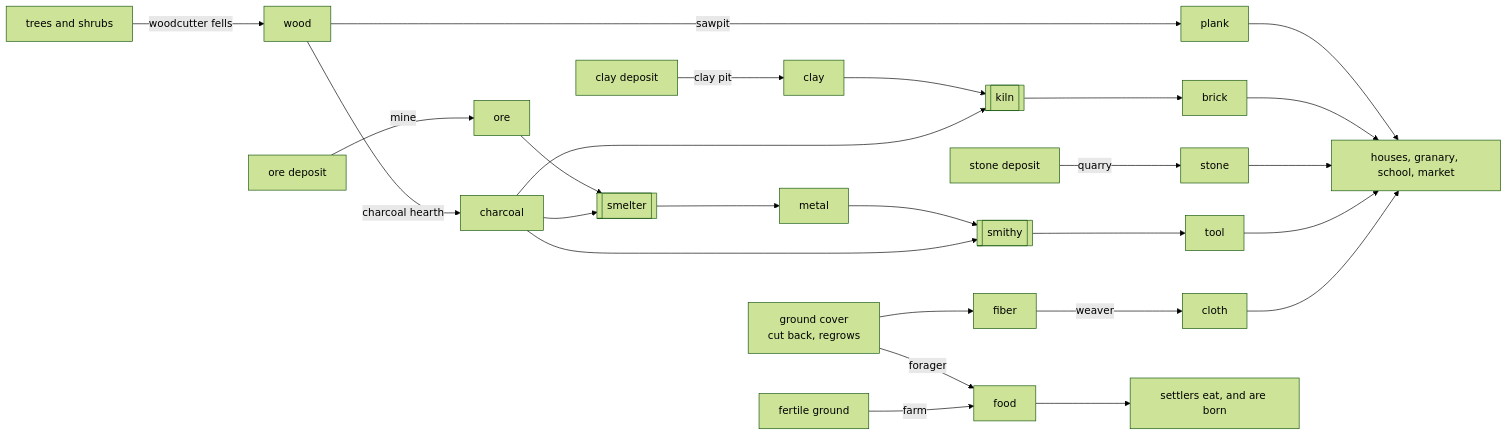
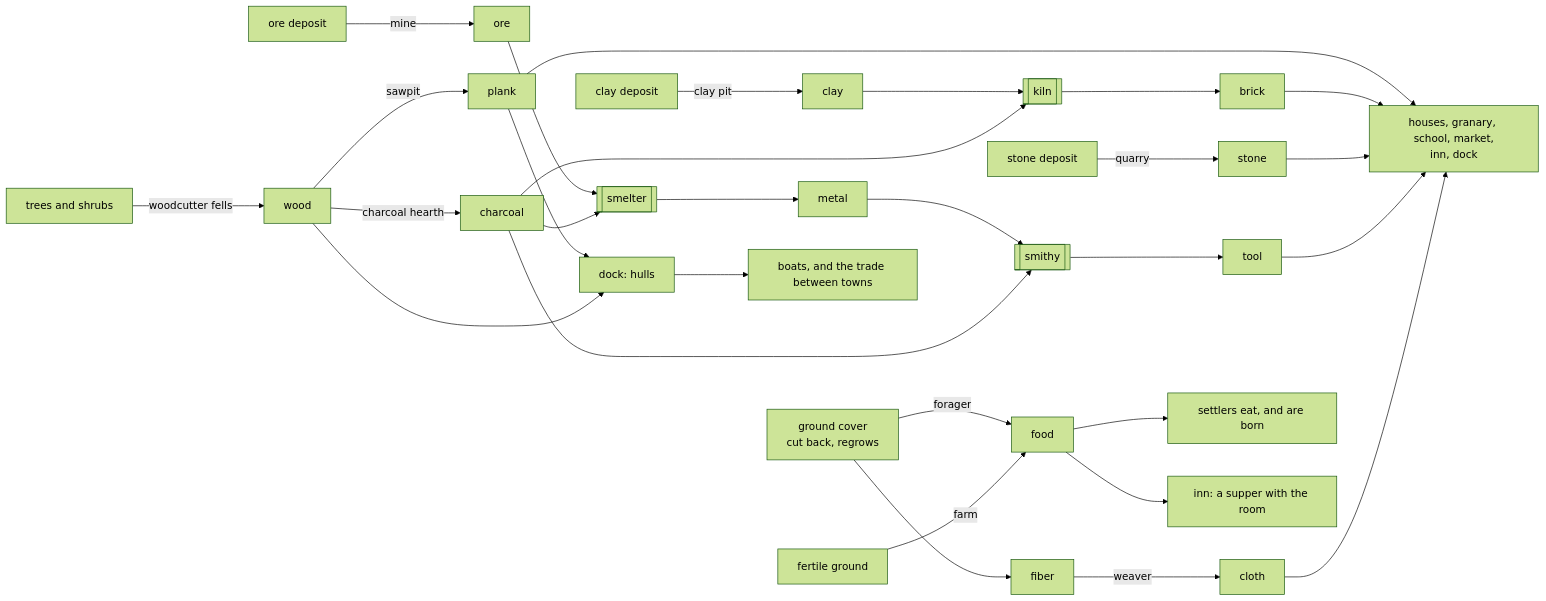
Diagram 22 of 29 in ARCHITECTURE.md (tmpk13/grow), drawn with Mermaid (forest theme) before and after one commit. The commit also changed other lines of this file and 55 other files, not shown here.

````diff
--- a/ARCHITECTURE.md
+++ b/ARCHITECTURE.md
@@ -361,30 +790,34 @@
 ```mermaid
 flowchart LR
   trees["trees and shrubs"] -->|woodcutter fells| wood[wood]
   mats["ground cover<br/>cut back, regrows"] -->|forager| food[food]
   mats --> fiber[fiber]
   fields["fertile ground"] -->|farm| food
   stoneDep["stone deposit"] -->|quarry| stone[stone]
   clayDep["clay deposit"] -->|clay pit| clay[clay]
   oreDep["ore deposit"] -->|mine| ore[ore]
 
   wood -->|sawpit| plank[plank]
   wood -->|charcoal hearth| charcoal[charcoal]
   clay --> kiln[[kiln]]
   charcoal --> kiln
   kiln --> brick[brick]
   ore --> smelter[[smelter]]
   charcoal --> smelter
   smelter --> metal[metal]
   metal --> smithy[[smithy]]
   charcoal --> smithy
   smithy --> tool[tool]
   fiber -->|weaver| cloth[cloth]
 
-  plank --> builds["houses, granary, school, market"]
+  plank --> builds["houses, granary, school, market,<br/>inn, dock"]
   brick --> builds
   stone --> builds
   tool --> builds
   cloth --> builds
   food --> people["settlers eat, and are born"]
+  food --> inn["inn: a supper with the room"]
+  plank --> hull["dock: hulls"]
+  wood --> hull
+  hull --> boats["boats, and the trade between towns"]
 ```
````
